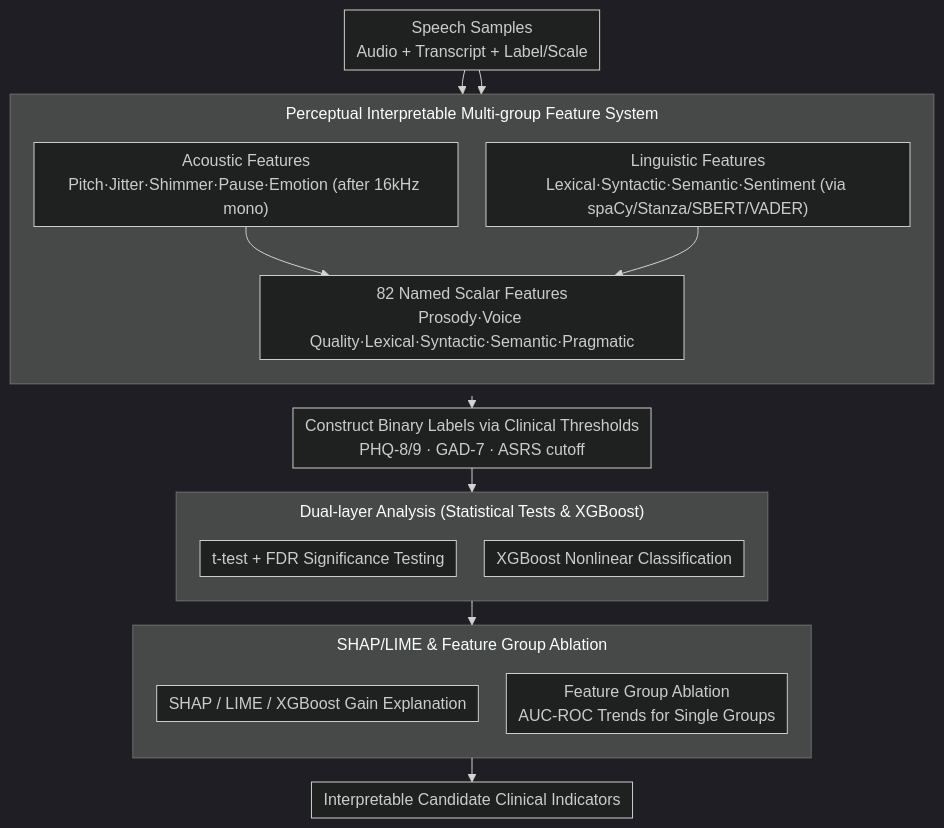
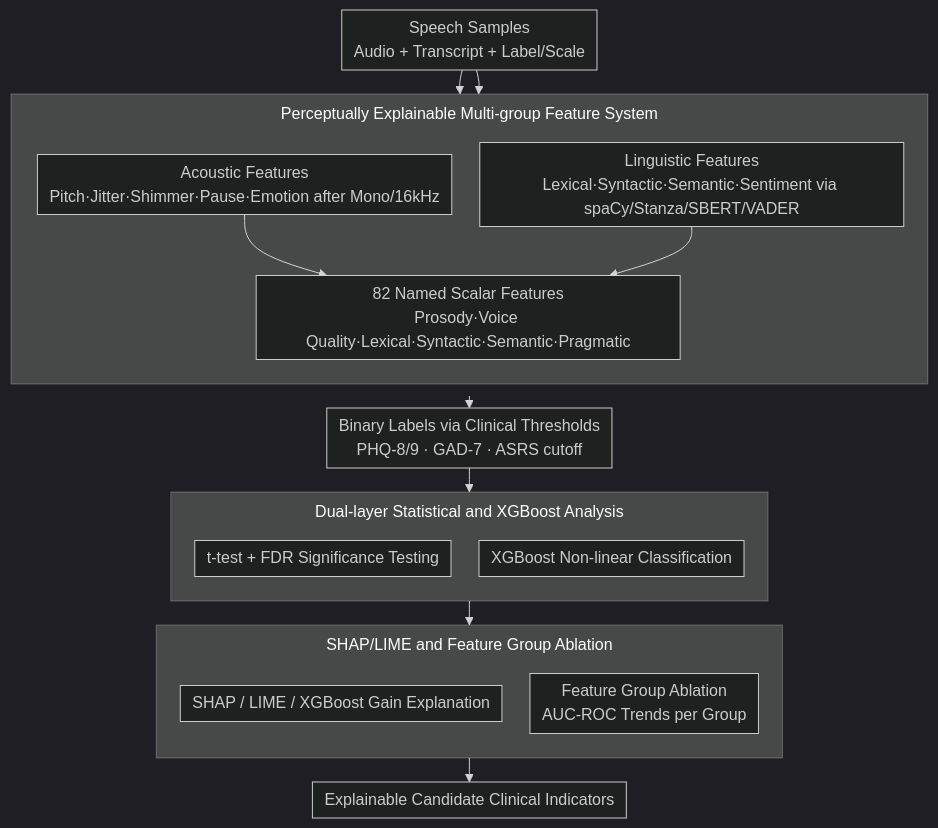
The diagram in docs/ACL2026/audio_speech/exploration_of_perceptual_speech_features_for_clinical_decision-support_in_menta.md (zhaoyang97/Paper-Notes-en), drawn with Mermaid (dark theme) before and after one commit. The commit also changed other lines of this file and 5084 other files, not shown here.

````diff
--- a/docs/ACL2026/audio_speech/exploration_of_perceptual_speech_features_for_clinical_decision-support_in_menta.md
+++ b/docs/ACL2026/audio_speech/exploration_of_perceptual_speech_features_for_clinical_decision-support_in_menta.md
@@ -47,29 +47,29 @@
 ```mermaid
 %%{init: {'flowchart': {'rankSpacing': 24, 'nodeSpacing': 28, 'padding': 6, 'wrappingWidth': 400, 'subGraphTitleMargin': {'top': 8, 'bottom': 16}}}}%%
 flowchart TD
     A["Speech Samples<br/>Audio + Transcript + Label/Scale"]
-    subgraph FEAT["Perceptual Interpretable Multi-group Feature System"]
+    subgraph FEAT["Perceptually Explainable Multi-group Feature System"]
         direction TB
-        D["Acoustic Features<br/>Pitch·Jitter·Shimmer·Pause·Emotion (after 16kHz mono)"]
-        E["Linguistic Features<br/>Lexical·Syntactic·Semantic·Sentiment (via spaCy/Stanza/SBERT/VADER)"]
+        D["Acoustic Features<br/>Pitch·Jitter·Shimmer·Pause·Emotion after Mono/16kHz"]
+        E["Linguistic Features<br/>Lexical·Syntactic·Semantic·Sentiment via spaCy/Stanza/SBERT/VADER"]
         F["82 Named Scalar Features<br/>Prosody·Voice Quality·Lexical·Syntactic·Semantic·Pragmatic"]
         D --> F
         E --> F
     end
     A --> D
     A --> E
-    FEAT --> G["Construct Binary Labels via Clinical Thresholds<br/>PHQ-8/9 · GAD-7 · ASRS cutoff"]
-    subgraph DUAL["Dual-layer Analysis (Statistical Tests & XGBoost)"]
+    FEAT --> G["Binary Labels via Clinical Thresholds<br/>PHQ-8/9 · GAD-7 · ASRS cutoff"]
+    subgraph DUAL["Dual-layer Statistical and XGBoost Analysis"]
         direction TB
         H["t-test + FDR Significance Testing"]
-        I["XGBoost Nonlinear Classification"]
+        I["XGBoost Non-linear Classification"]
     end
     G --> DUAL
-    subgraph EXPL["SHAP/LIME & Feature Group Ablation"]
+    subgraph EXPL["SHAP/LIME and Feature Group Ablation"]
         direction TB
         J["SHAP / LIME / XGBoost Gain Explanation"]
-        K["Feature Group Ablation<br/>AUC-ROC Trends for Single Groups"]
+        K["Feature Group Ablation<br/>AUC-ROC Trends per Group"]
     end
     DUAL --> EXPL
-    EXPL --> L["Interpretable Candidate Clinical Indicators"]
+    EXPL --> L["Explainable Candidate Clinical Indicators"]
 ```
````
